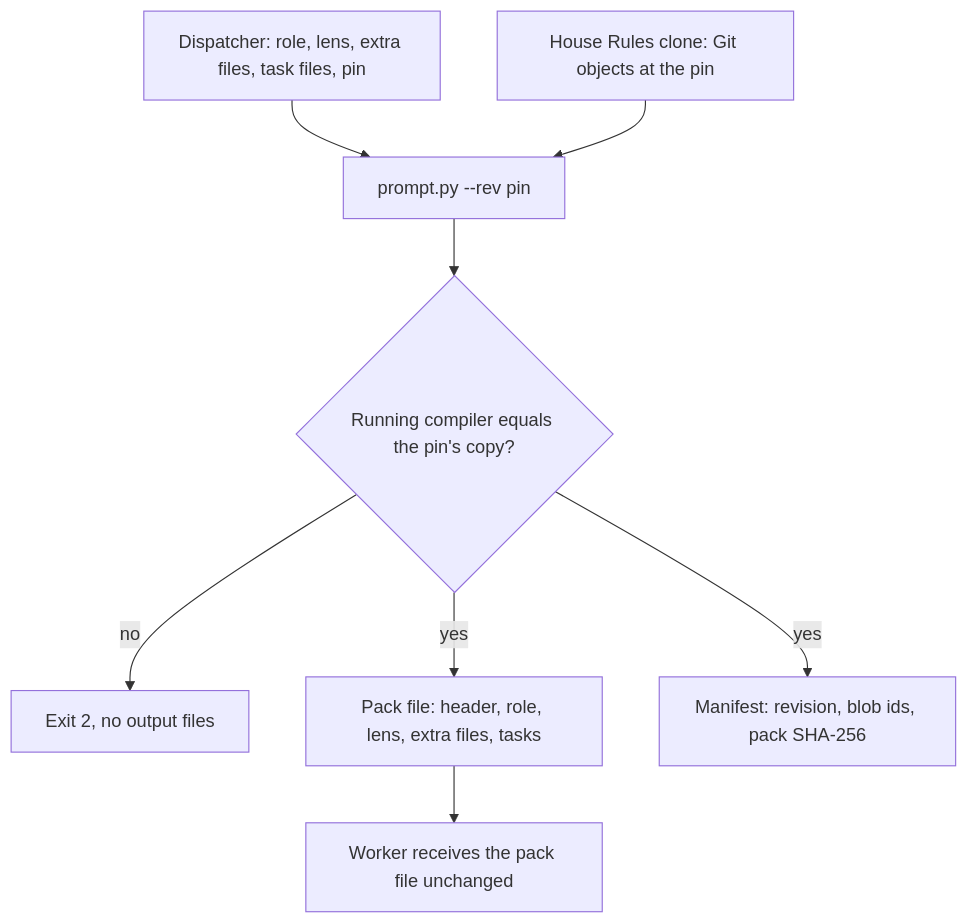
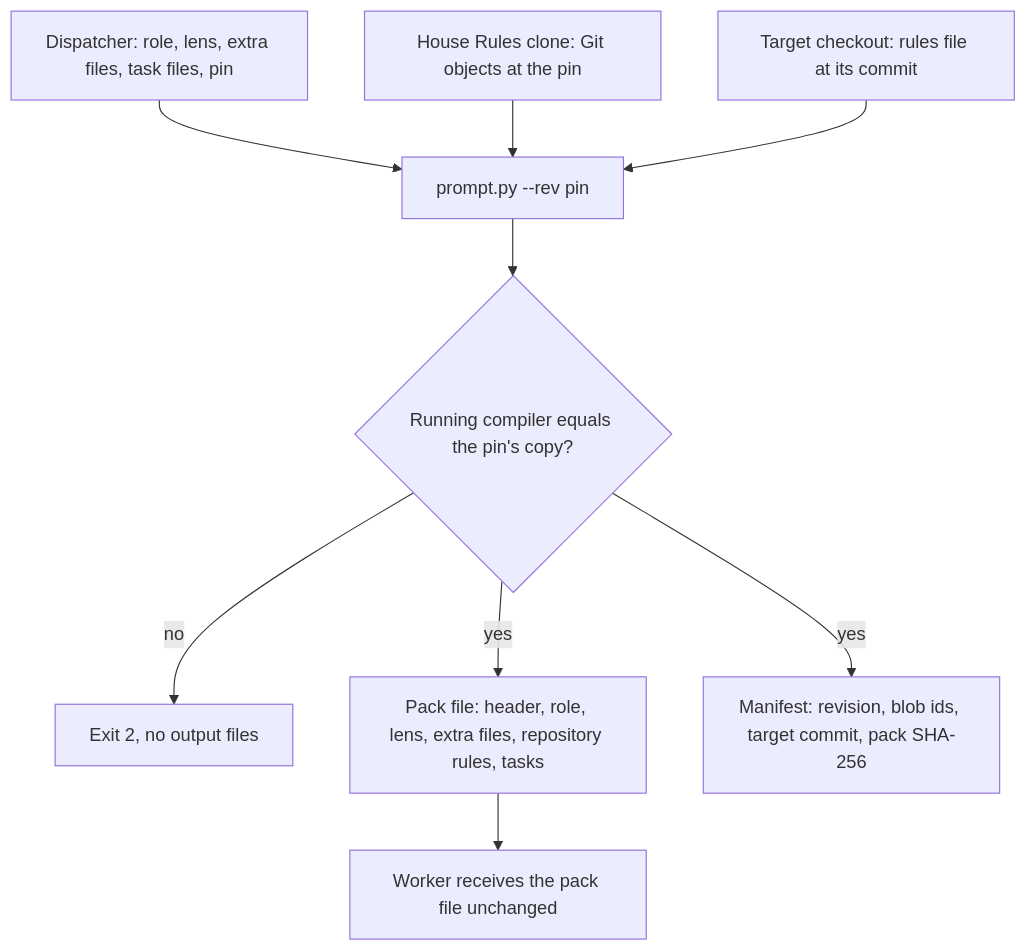
Before and after one commit to jak-pan/house-rules: the diagram in docs/design/77-one-step-pack-assembly.md, drawn with Mermaid. The commit also changed other lines of this file, not shown here.

````diff
--- a/docs/design/77-one-step-pack-assembly.md
+++ b/docs/design/77-one-step-pack-assembly.md
@@ -46,10 +59,11 @@
 ```mermaid
 flowchart TB
   A["Dispatcher: role, lens, extra files, task files, pin"] --> C["prompt.py --rev pin"]
   G["House Rules clone: Git objects at the pin"] --> C
+  T["Target checkout: rules file at its commit"] --> C
   C --> S{"Running compiler equals the pin's copy?"}
   S -- no --> X["Exit 2, no output files"]
-  S -- yes --> P["Pack file: header, role, lens, extra files, tasks"]
-  S -- yes --> M["Manifest: revision, blob ids, pack SHA-256"]
+  S -- yes --> P["Pack file: header, role, lens, extra files, repository rules, tasks"]
+  S -- yes --> M["Manifest: revision, blob ids, target commit, pack SHA-256"]
   P --> W["Worker receives the pack file unchanged"]
 ```
````
